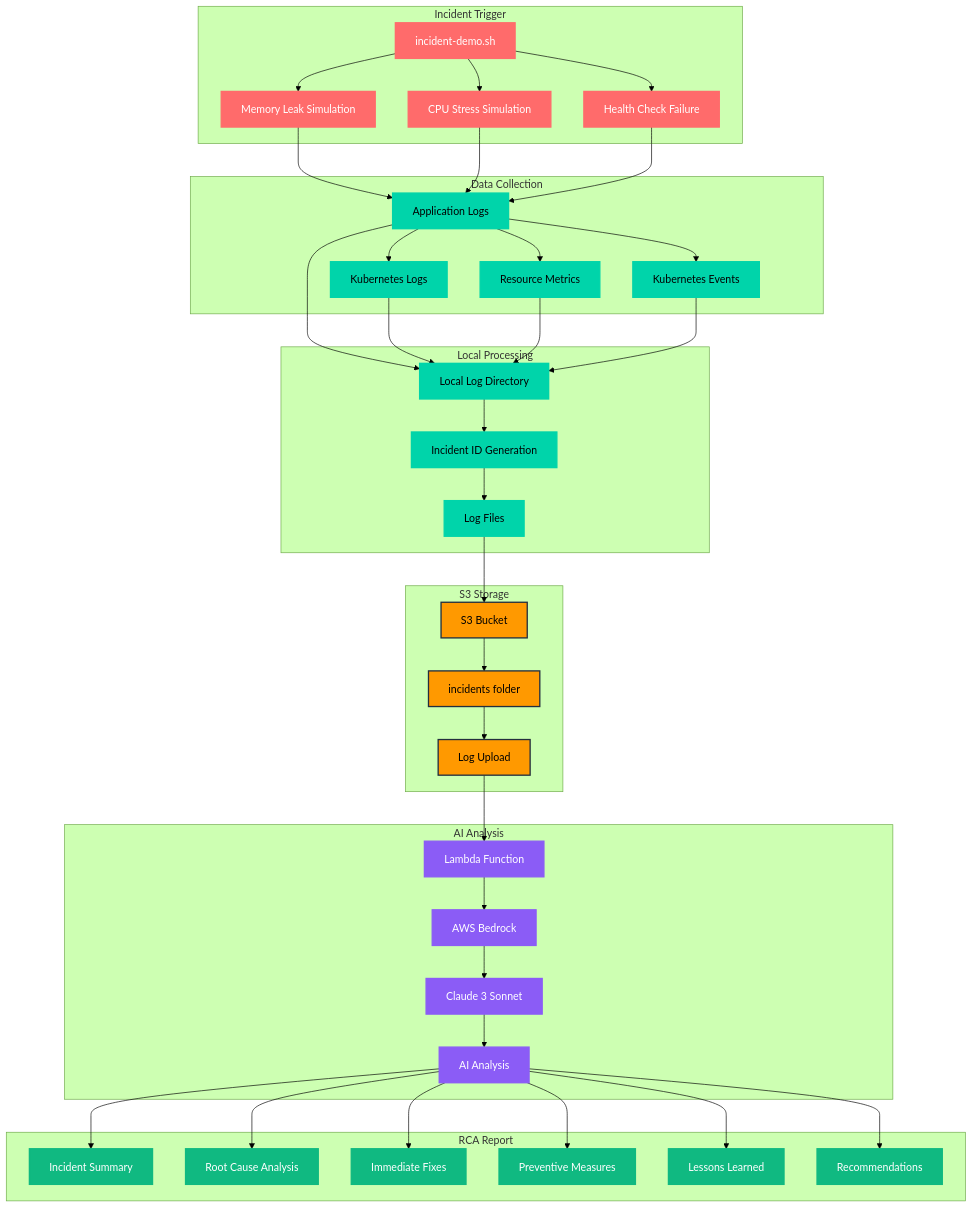
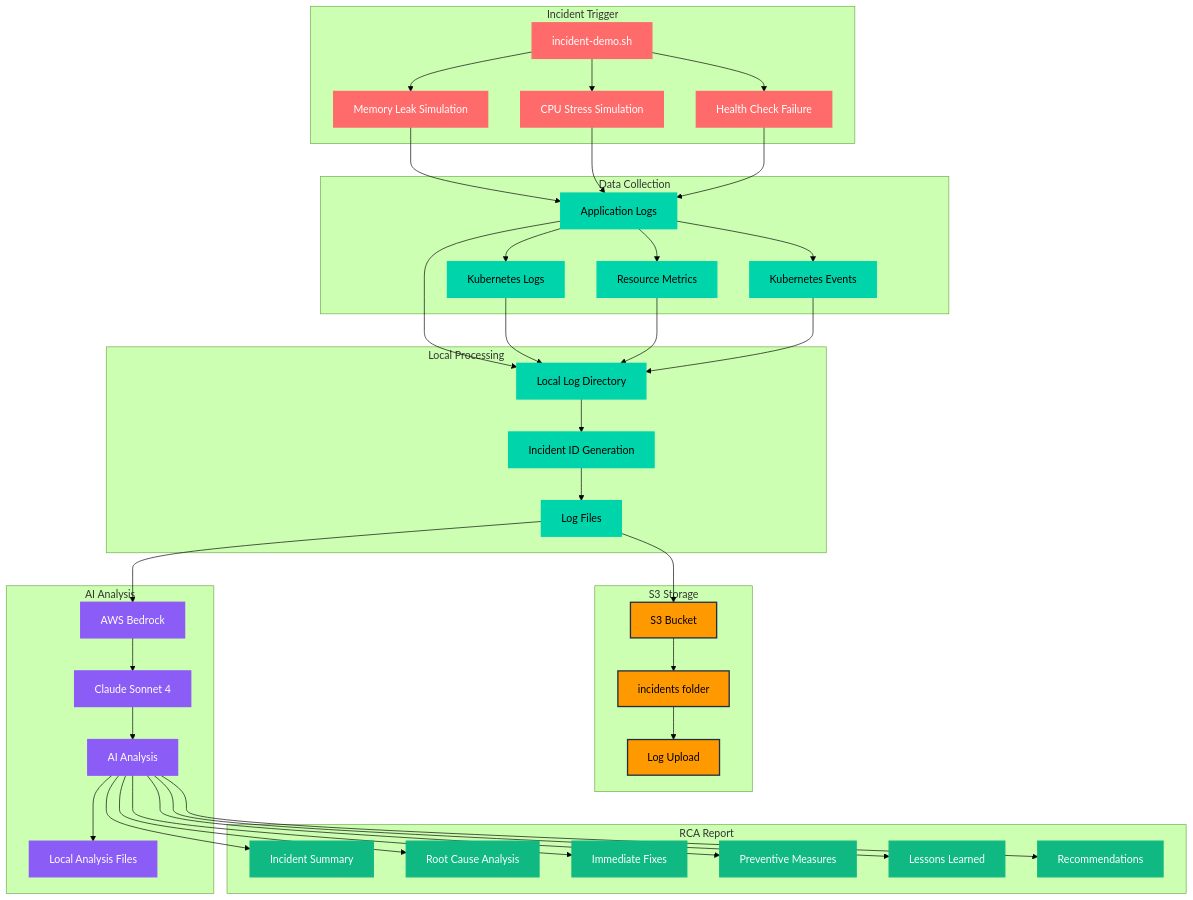
Before and after one commit to paul123z/SRE-Terraform-EKS-AWS-Incident-Scenario: the seventh of 8 diagrams in ARCHITECTURE_FLOWCHARTS.md, drawn with Mermaid (forest theme). The commit also changed other lines of this file and 47 other files, not shown here.

Commit message:
SRE AI AWS BEDROCK INCIDENT ANALYSIS FINALLY WORKS

````diff
--- a/ARCHITECTURE_FLOWCHARTS.md
+++ b/ARCHITECTURE_FLOWCHARTS.md
@@ -526,10 +577,10 @@
     end
     
     subgraph "AI Analysis"
-        LAMBDA[Lambda Function]
         BEDROCK[AWS Bedrock]
-        CLAUDE[Claude 3 Sonnet]
+        CLAUDE[Claude Sonnet 4]
         AI_ANALYSIS[AI Analysis]
+        LOCAL_ANALYSIS[Local Analysis Files]
     end
     
     subgraph "RCA Report"
@@ -570,10 +621,10 @@
     INCIDENT_FOLDER --> LOG_UPLOAD
     
     %% AI Analysis
-    LOG_UPLOAD --> LAMBDA
-    LAMBDA --> BEDROCK
+    LOG_FILES --> BEDROCK
     BEDROCK --> CLAUDE
     CLAUDE --> AI_ANALYSIS
+    AI_ANALYSIS --> LOCAL_ANALYSIS
     
     %% Report Generation
     AI_ANALYSIS --> INCIDENT_SUMMARY
@@ -592,6 +643,6 @@
     class INCIDENT_DEMO,MEMORY_LEAK,CPU_STRESS,HEALTH_FAILURE incident
     class APP_LOGS,K8S_LOGS,METRICS,EVENTS,LOG_DIR,INCIDENT_ID,LOG_FILES data
     class S3_BUCKET,INCIDENT_FOLDER,LOG_UPLOAD storage
-    class LAMBDA,BEDROCK,CLAUDE,AI_ANALYSIS ai
+    class BEDROCK,CLAUDE,AI_ANALYSIS,LOCAL_ANALYSIS ai
     class INCIDENT_SUMMARY,ROOT_CAUSE,IMMEDIATE_FIXES,PREVENTIVE_MEASURES,LESSONS_LEARNED,RECOMMENDATIONS report
 ```
````
